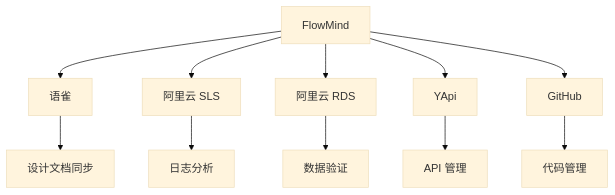
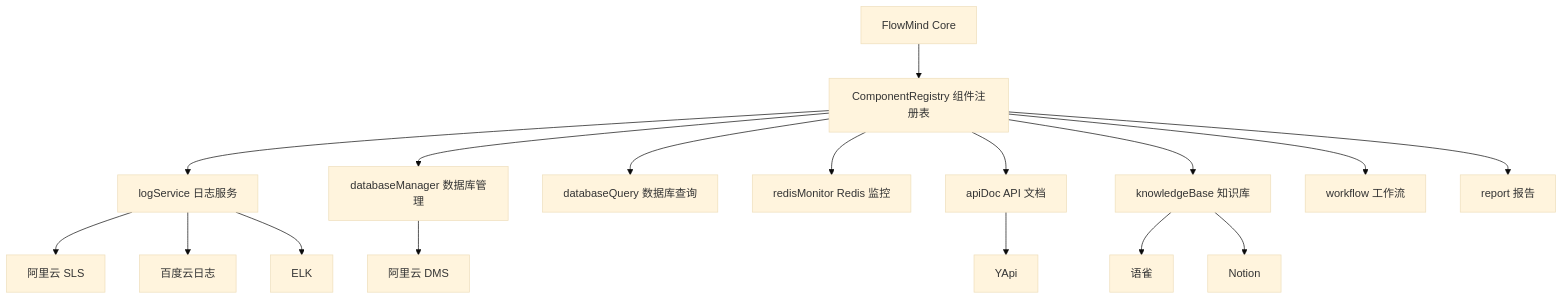
The fourth of 6 diagrams in README_CN.md (Eleven-M/flowmind), drawn with Mermaid (base theme) before and after one commit. The commit also changed other lines of this file and 29 other files, not shown here.

First line of the commit message:
feat: add pluggable component architecture for cloud provider switching

````diff
--- a/README_CN.md
+++ b/README_CN.md
@@ -175,13 +177,20 @@
 ```mermaid
 graph TB
-    A[FlowMind] --> B[语雀]
-    A --> C[阿里云 SLS]
-    A --> D[阿里云 RDS]
-    A --> E[YApi]
-    A --> F[GitHub]
-    B --> G[设计文档同步]
-    C --> H[日志分析]
-    D --> I[数据验证]
-    E --> J[API 管理]
-    F --> K[代码管理]
+    A[FlowMind Core] --> R[ComponentRegistry 组件注册表]
+    R --> LS[logService 日志服务]
+    R --> DB[databaseManager 数据库管理]
+    R --> DQ[databaseQuery 数据库查询]
+    R --> RD[redisMonitor Redis 监控]
+    R --> AP[apiDoc API 文档]
+    R --> KB[knowledgeBase 知识库]
+    R --> WF[workflow 工作流]
+    R --> RP[report 报告]
+
+    LS --> LS1[阿里云 SLS]
+    LS --> LS2[百度云日志]
+    LS --> LS3[ELK]
+    DB --> DB1[阿里云 DMS]
+    KB --> KB1[语雀]
+    KB --> KB2[Notion]
+    AP --> AP1[YApi]
 ```
````
